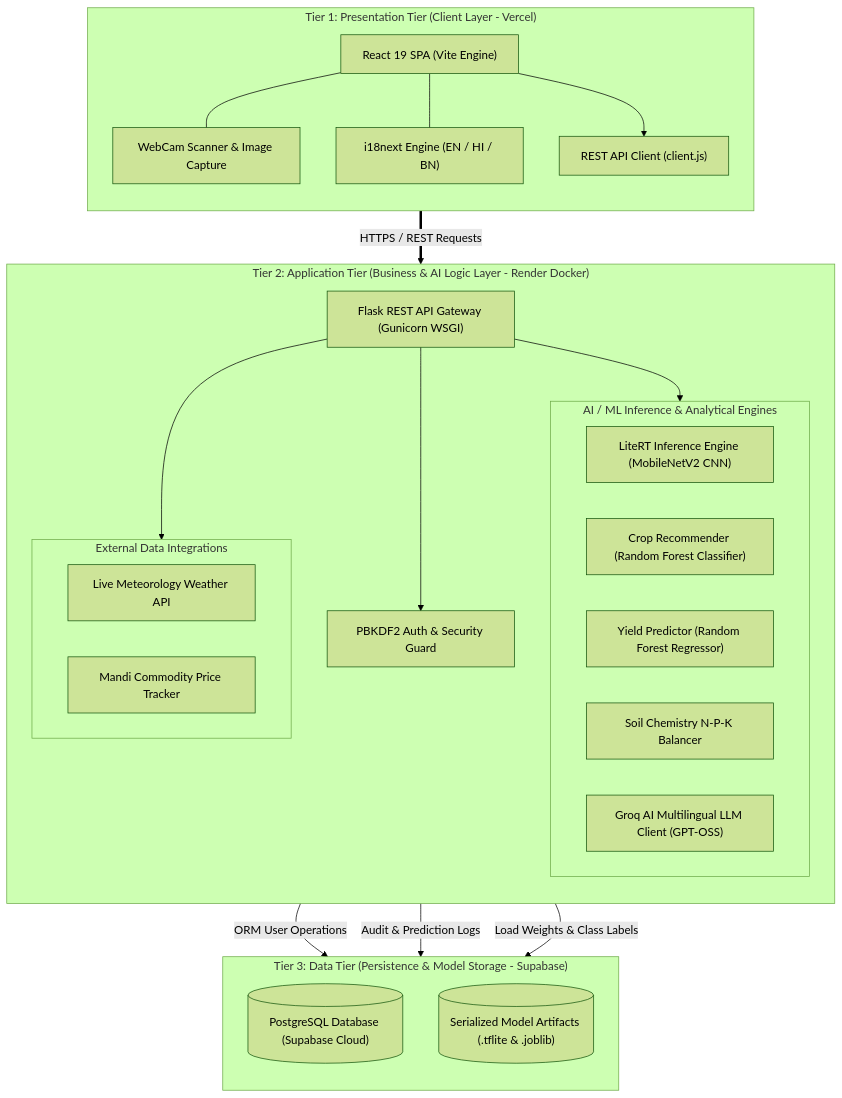
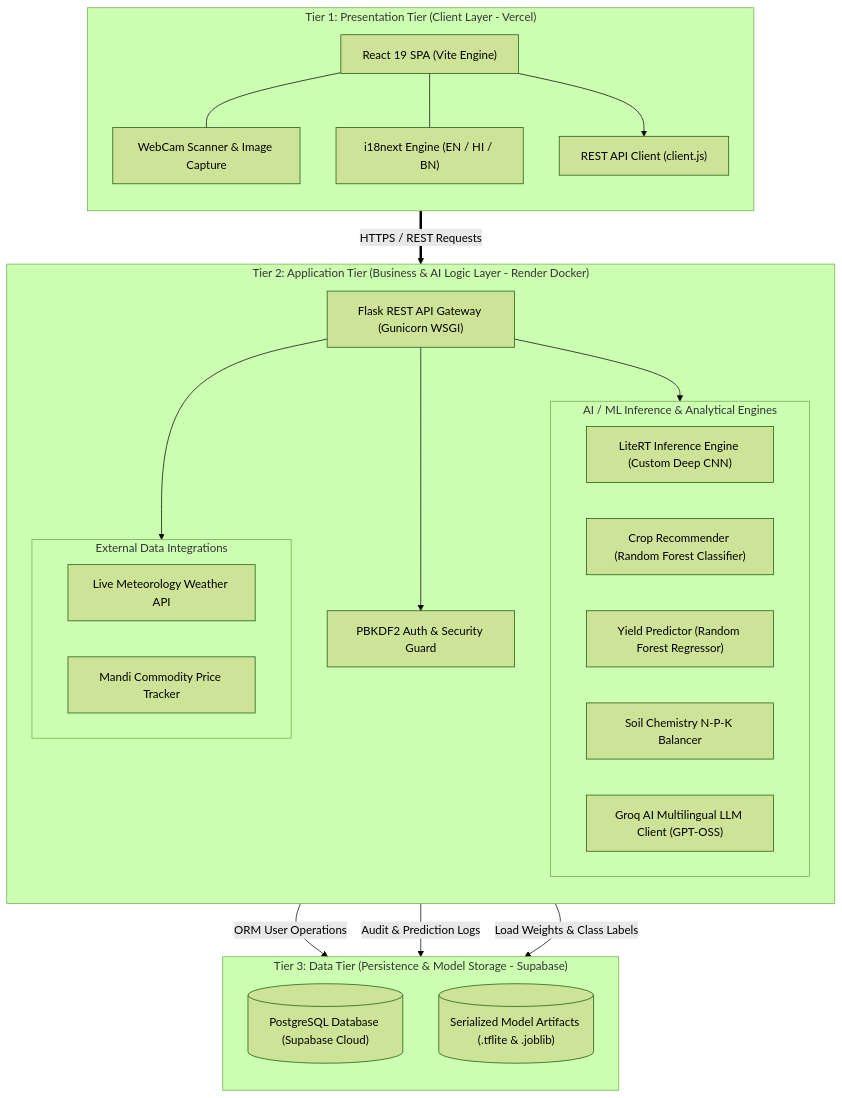
Before and after one commit to Aniruddhasain7/AgriAI: the diagram in README.md, drawn with Mermaid (forest theme). The commit also changed other lines of this file and 19 other files, not shown here.

````diff
--- a/README.md
+++ b/README.md
@@ -55,49 +55,49 @@
 ```mermaid
 graph TB
     subgraph Tier1["Tier 1: Presentation Tier (Client Layer - Vercel)"]
         direction TB
         UI["React 19 SPA (Vite Engine)"]
         Cam["WebCam Scanner & Image Capture"]
         I18N["i18next Engine (EN / HI / BN)"]
         APIClient["REST API Client (client.js)"]
 
         UI --- Cam
         UI --- I18N
         UI --> APIClient
     end
 
     subgraph Tier2["Tier 2: Application Tier (Business & AI Logic Layer - Render Docker)"]
         direction TB
         Flask["Flask REST API Gateway (Gunicorn WSGI)"]
         Auth["PBKDF2 Auth & Security Guard"]
 
         subgraph ML_AI["AI / ML Inference & Analytical Engines"]
-            LiteRT["LiteRT Inference Engine (MobileNetV2 CNN)"]
+            LiteRT["LiteRT Inference Engine (Custom Deep CNN)"]
             CropRF["Crop Recommender (Random Forest Classifier)"]
             YieldRF["Yield Predictor (Random Forest Regressor)"]
             SoilEng["Soil Chemistry N-P-K Balancer"]
             LLM["Groq AI Multilingual LLM Client (GPT-OSS)"]
         end
 
         subgraph ExternalAPIs["External Data Integrations"]
             Weather["Live Meteorology Weather API"]
             Market["Mandi Commodity Price Tracker"]
         end
 
         Flask --> Auth
         Flask --> ML_AI
         Flask --> ExternalAPIs
     end
 
     subgraph Tier3["Tier 3: Data Tier (Persistence & Model Storage - Supabase)"]
         direction TB
         DB[("PostgreSQL Database (Supabase Cloud)")]
         Models[("Serialized Model Artifacts (.tflite & .joblib)")]
     end
 
     %% Tier Data Flow
     APIClient ==>|HTTPS / REST Requests| Flask
     Auth -->|ORM User Operations| DB
     ML_AI -->|Audit & Prediction Logs| DB
     ML_AI -->|Load Weights & Class Labels| Models
 ```
````
